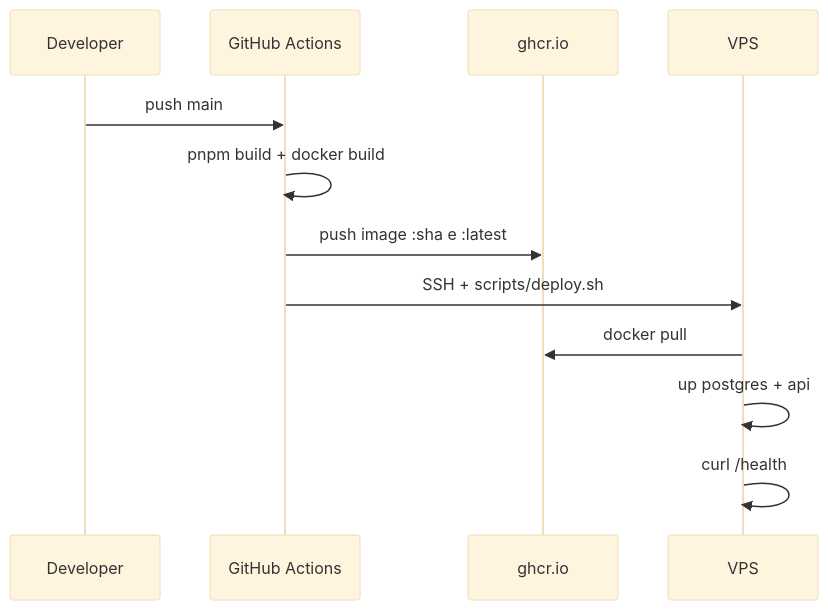
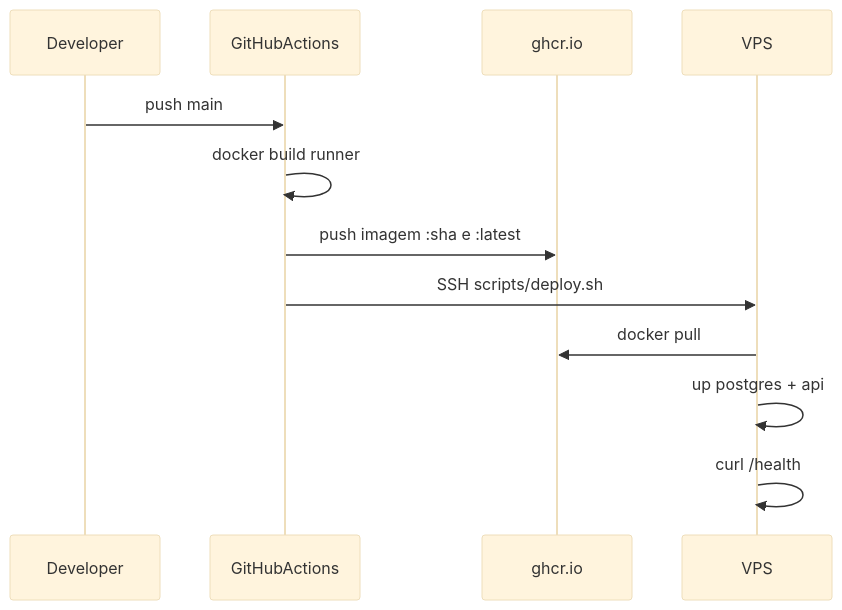
One commit to Weverson-Luan/api-wltech changed the diagram in docs/DEPLOY.md. Above: the diagram before and after it, drawn with Mermaid (base theme). The commit also changed other lines of this file and 1 other file, not shown here.

Commit message:
docs📝 atualizar README e DEPLOY.md com melhorias na documentação do tutorial de deploy em VPS; adicionar detalhes sobre pré-requisitos e passos de configuração

````diff
--- a/docs/DEPLOY.md
+++ b/docs/DEPLOY.md
@@ -205,15 +321,15 @@
 ```mermaid
 sequenceDiagram
   participant Dev as Developer
-  participant GH as GitHub Actions
+  participant GH as GitHubActions
   participant CR as ghcr.io
   participant VPS as VPS
 
   Dev->>GH: push main
-  GH->>GH: pnpm build + docker build
-  GH->>CR: push image :sha e :latest
-  GH->>VPS: SSH + scripts/deploy.sh
+  GH->>GH: docker build runner
+  GH->>CR: push imagem :sha e :latest
+  GH->>VPS: SSH scripts/deploy.sh
   VPS->>CR: docker pull
   VPS->>VPS: up postgres + api
   VPS->>VPS: curl /health
 ```
````
